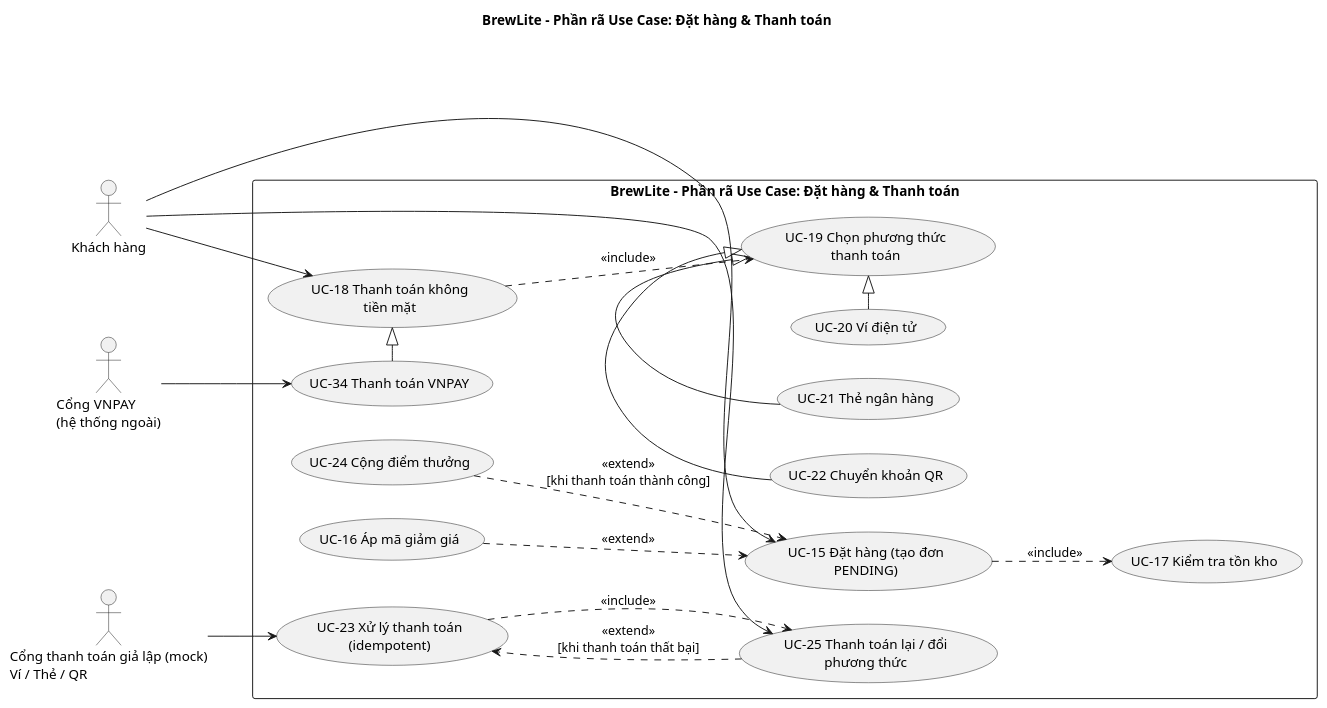
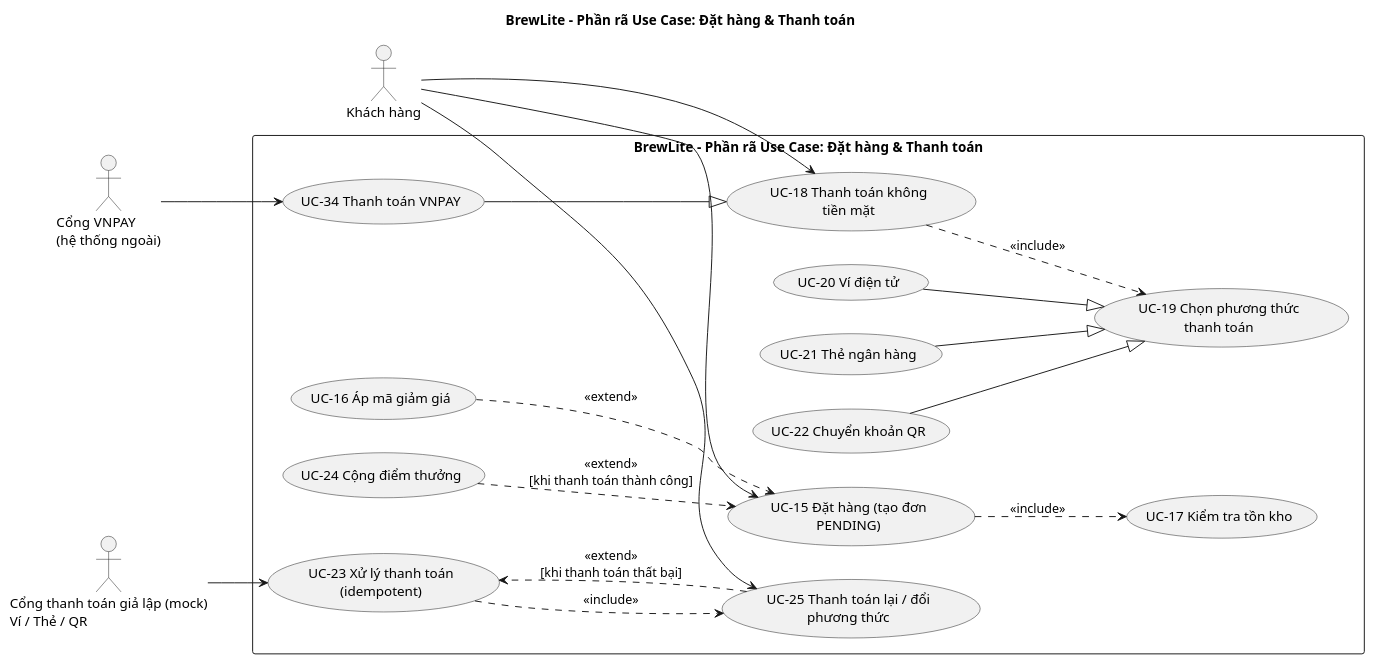
Before and after one commit to ThanhTuyencr30/BrewLite_A2: the diagram in docs/diagrams/use-case-checkout.puml, drawn with PlantUML. The commit also changed 6 other files, not shown here.

Commit message:
docs: add architecture records and update diagrams

```diff
--- a/docs/diagrams/use-case-checkout.puml
+++ b/docs/diagrams/use-case-checkout.puml
@@ -1,66 +1,70 @@
 @startuml
 left to right direction
 skinparam packageStyle rectangle
 
 title BrewLite – Phần rã Use Case: Đặt hàng & Thanh toán
 
+' =========================
+' Actors
+' =========================
 actor "Khách hàng" as Customer
 actor "Cổng VNPAY\n(hệ thống ngoài)" as VNPAY
 actor "Cổng thanh toán giả lập (mock)\nVí / Thẻ / QR" as MockPayment
 
+' =========================
+' System Boundary & Use Cases
+' =========================
 rectangle "BrewLite – Phần rã Use Case: Đặt hàng & Thanh toán" {
 
     usecase "UC-15 Đặt hàng (tạo đơn\nPENDING)" as UC15
     usecase "UC-16 Áp mã giảm giá" as UC16
     usecase "UC-17 Kiểm tra tồn kho" as UC17
 
     usecase "UC-18 Thanh toán không\ntiền mặt" as UC18
     usecase "UC-19 Chọn phương thức\nthanh toán" as UC19
 
     usecase "UC-20 Ví điện tử" as UC20
     usecase "UC-21 Thẻ ngân hàng" as UC21
     usecase "UC-22 Chuyển khoản QR" as UC22
 
     usecase "UC-23 Xử lý thanh toán\n(idempotent)" as UC23
     usecase "UC-24 Cộng điểm thưởng" as UC24
     usecase "UC-25 Thanh toán lại / đổi\nphương thức" as UC25
 
     usecase "UC-34 Thanh toán VNPAY" as UC34
 }
 
 ' =========================
-' Actor associations
+' Actor Associations
 ' =========================
 Customer --> UC15
 Customer --> UC18
 Customer --> UC25
 
 VNPAY --> UC34
 MockPayment --> UC23
 
 ' =========================
-' Include relationships
+' Include Relationships
 ' =========================
 UC15 ..> UC17 : <<include>>
 UC18 ..> UC19 : <<include>>
 UC23 ..> UC25 : <<include>>
 
 ' =========================
-' Extend relationships
+' Extend Relationships
 ' =========================
 UC16 ..> UC15 : <<extend>>
-
 UC24 ..> UC15 : <<extend>>\n[khi thanh toán thành công]
-
 UC25 ..> UC23 : <<extend>>\n[khi thanh toán thất bại]
 
 ' =========================
-' Generalization relationships
+' Generalization Relationships
 ' =========================
-UC20 -|> UC19
-UC21 -|> UC19
-UC22 -|> UC19
+UC20 --|> UC19
+UC21 --|> UC19
+UC22 --|> UC19
 
-UC34 -|> UC18
+UC34 --|> UC18
 
 @enduml
```
